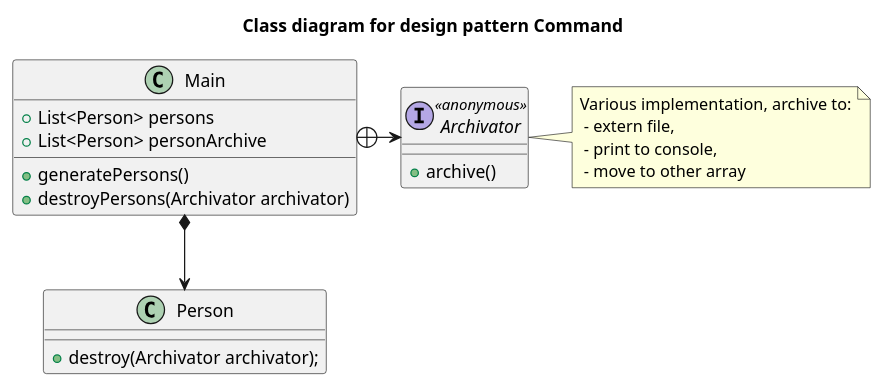
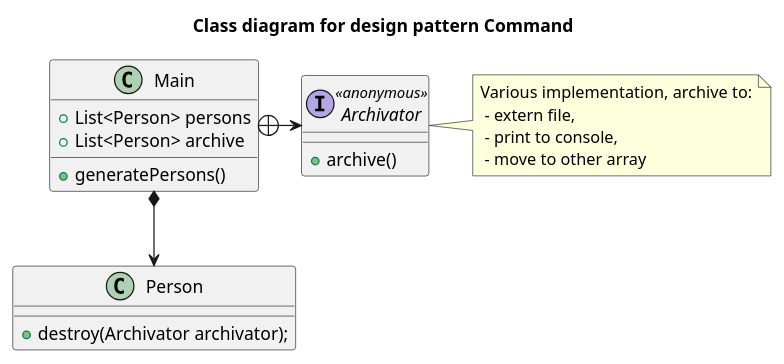
One commit to jozefgloncak/java changed the diagram in design-patterns/dpcommand/class.puml. Above: the diagram before and after it, drawn with PlantUML. The commit also changed 4 other files, not shown here.

```diff
--- a/design-patterns/dpcommand/class.puml
+++ b/design-patterns/dpcommand/class.puml
@@ -1,26 +1,25 @@
 @startuml
 
 title Class diagram for design pattern Command
 
 class Person {
     +destroy(Archivator archivator);
 }
 
 interface Archivator <<anonymous>> {
     +archive()
 }
 note right:  Various implementation, archive to:\n - extern file,\n - print to console,\n - move to other array
 
 
 class Main {
     +List<Person> persons
-    +List<Person> personArchive
+    +List<Person> archive
 
     +generatePersons()
-    +destroyPersons(Archivator archivator)
 }
 
 Main +-> Archivator
 Main *--> Person
 
 @enduml
```
